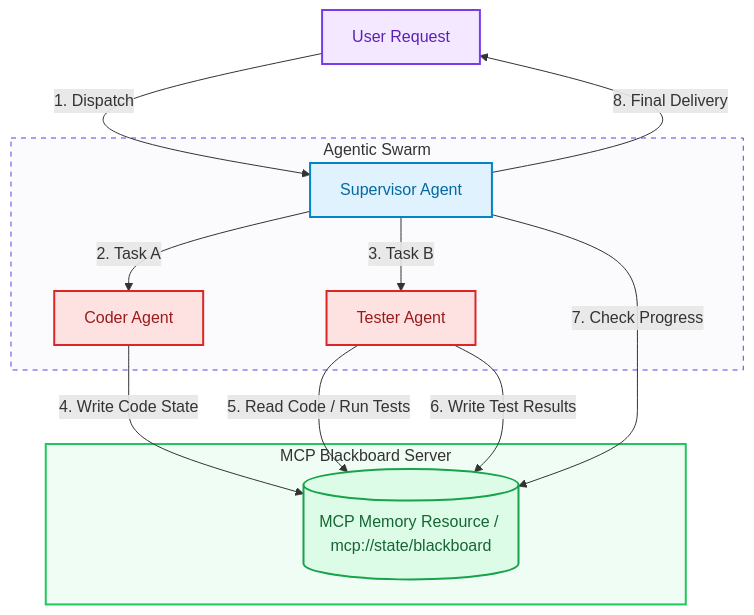
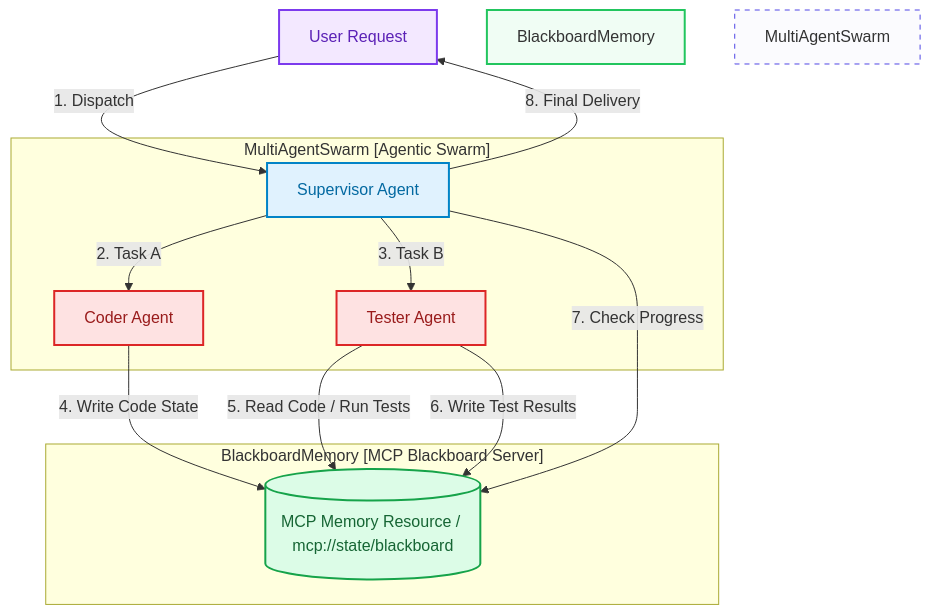
One commit to akmalkhaniub/akmalkhaniub.github.io changed the diagram in blog/posts/context-engineering-cross-agent-memory.md. Above: the diagram before and after it, drawn with Mermaid. The commit also changed 600 other files, not shown here.

Commit message:
fix(blog): resolve Mermaid v10 syntax errors across Figure 1 and publication subgraphs

````diff
--- a/blog/posts/context-engineering-cross-agent-memory.md
+++ b/blog/posts/context-engineering-cross-agent-memory.md
@@ -24,33 +24,33 @@
 ```mermaid
 graph TD
     classDef start fill:#f3e8ff,stroke:#7c3aed,stroke-width:2px,color:#5b21b6;
     classDef supervisor fill:#e0f2fe,stroke:#0284c7,stroke-width:2px,color:#0369a1;
     classDef workers fill:#fee2e2,stroke:#dc2626,stroke-width:2px,color:#991b1b;
     classDef memory fill:#dcfce7,stroke:#16a34a,stroke-width:2px,color:#166534;
 
     User[User Request] -->|1. Dispatch| Supervisor[Supervisor Agent]
     
-    subgraph MultiAgentSwarm [Agentic Swarm]
+    subgraph SG1_MultiagentswarmAgenticSwarm ["MultiAgentSwarm [Agentic Swarm]"]
         Supervisor -->|2. Task A| CoderAgent[Coder Agent]
         Supervisor -->|3. Task B| TesterAgent[Tester Agent]
     end
     
-    subgraph BlackboardMemory [MCP Blackboard Server]
+    subgraph SG2_BlackboardmemoryMcpBlackboard ["BlackboardMemory [MCP Blackboard Server]"]
         MemoryResource[(MCP Memory Resource / mcp://state/blackboard)]
     end
 
     CoderAgent -->|4. Write Code State| MemoryResource
     TesterAgent -->|5. Read Code / Run Tests| MemoryResource
     TesterAgent -->|6. Write Test Results| MemoryResource
     
     Supervisor -->|7. Check Progress| MemoryResource
     Supervisor -->|8. Final Delivery| User
 
     class User start;
     class Supervisor supervisor;
     class CoderAgent,TesterAgent workers;
     class MemoryResource memory;
     
     style BlackboardMemory fill:#f0fdf4,stroke:#22c55e,stroke-width:2px;
     style MultiAgentSwarm fill:#fbfbfe,stroke:#4f46e5,stroke-width:1px,stroke-dasharray: 5 5;
 ```
````
